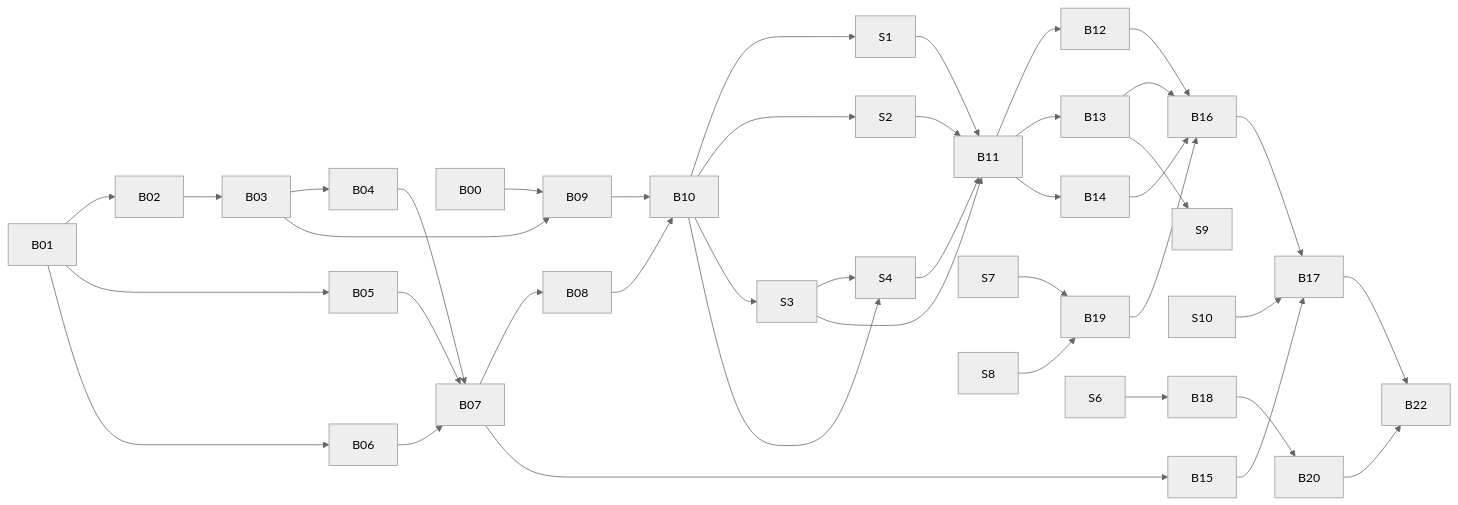
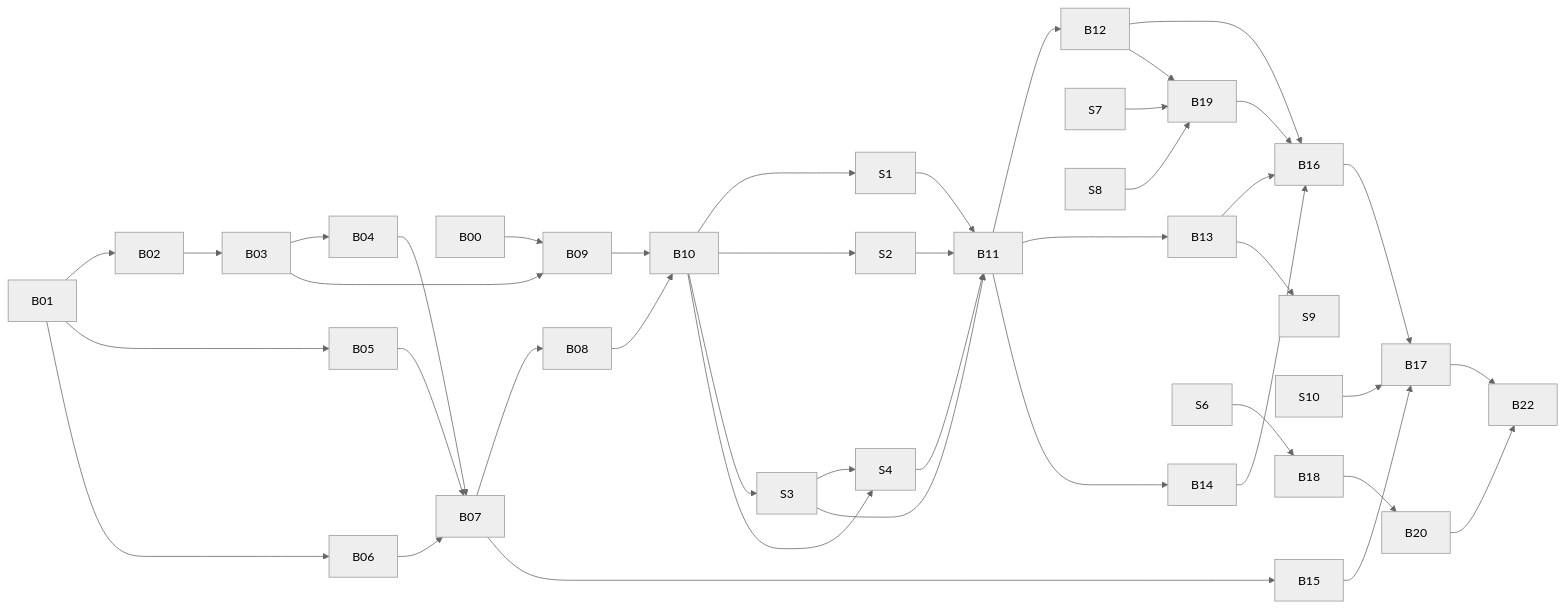
The diagram in plans/issues/README.md (odysseaspenta/langchain4j-community), drawn with Mermaid (neutral theme) before and after one commit. The commit also changed other lines of this file and 5 other files, not shown here.

````diff
--- a/plans/issues/README.md
+++ b/plans/issues/README.md
@@ -57,19 +57,20 @@
 ```mermaid
 graph LR
   B00 --> B09
   B01 --> B02 --> B03 --> B04 --> B07
   B01 --> B05 --> B07
   B01 --> B06 --> B07 --> B08 --> B10
   B03 --> B09 --> B10
   B10 --> S1 & S2 & S3 & S4
   S3 --> S4
   S1 & S2 & S3 & S4 --> B11
   B11 --> B12 & B13 & B14 --> B16
   B07 --> B15 --> B17
   B16 --> B17
   S10 --> B17
   S7 & S8 --> B19 --> B16
+  B12 --> B19
   S6 --> B18 --> B20
   B13 --> S9
   B17 & B20 --> B22
 ```
````
